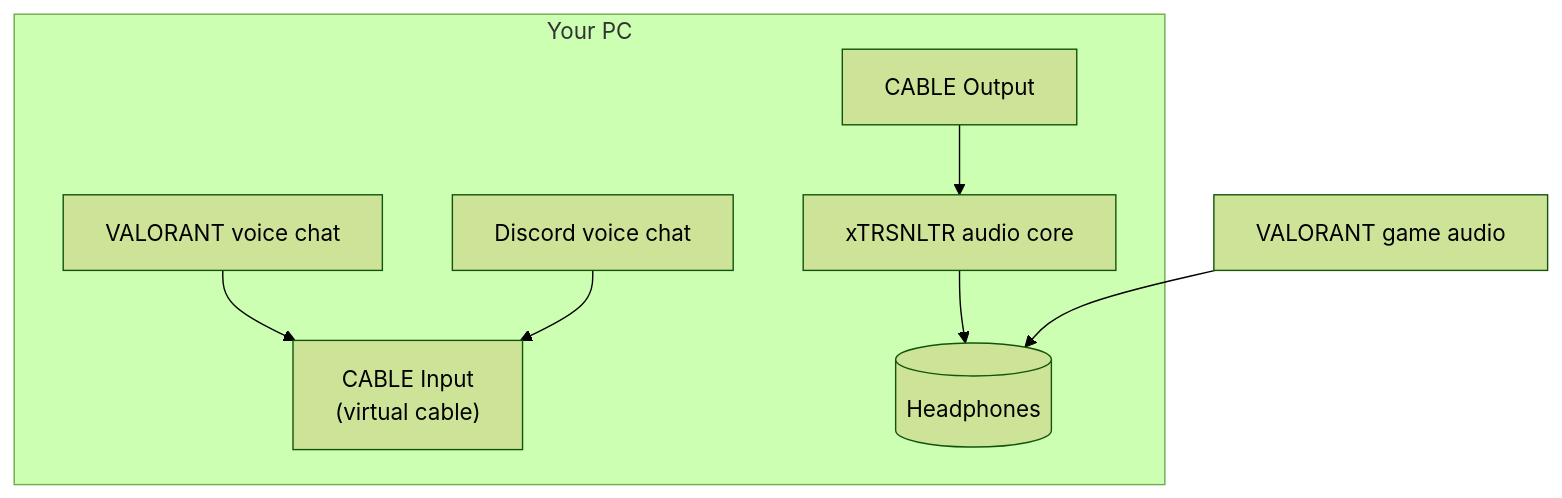
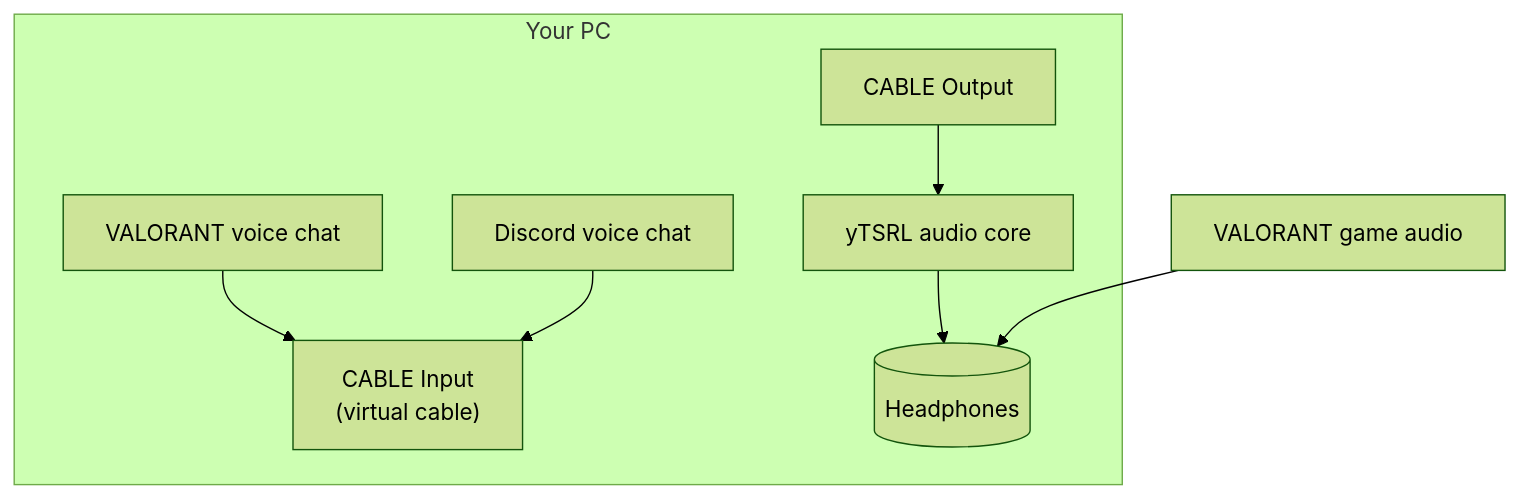
Before and after one commit to jxstme22/ztrsl: the second of 4 diagrams in README.md, drawn with Mermaid (forest theme). The commit also changed other lines of this file, not shown here.

Commit message:
docs: refresh README for v0.7.0 (yTSRL rebrand, multi-source, new models, mainland mirrors)

````diff
--- a/README.md
+++ b/README.md
@@ -169,10 +171,10 @@
 ```mermaid
 flowchart TB
   subgraph Your PC
     VC[VALORANT voice chat] --> CI["CABLE Input<br/>(virtual cable)"]
     DC[Discord voice chat] --> CI
-    CO["CABLE Output"] --> APP["xTRSNLTR audio core"]
+    CO["CABLE Output"] --> APP["yTSRL audio core"]
     APP --> HP[("Headphones")]
   end
   GAME[VALORANT game audio] --> HP
 ```
````
